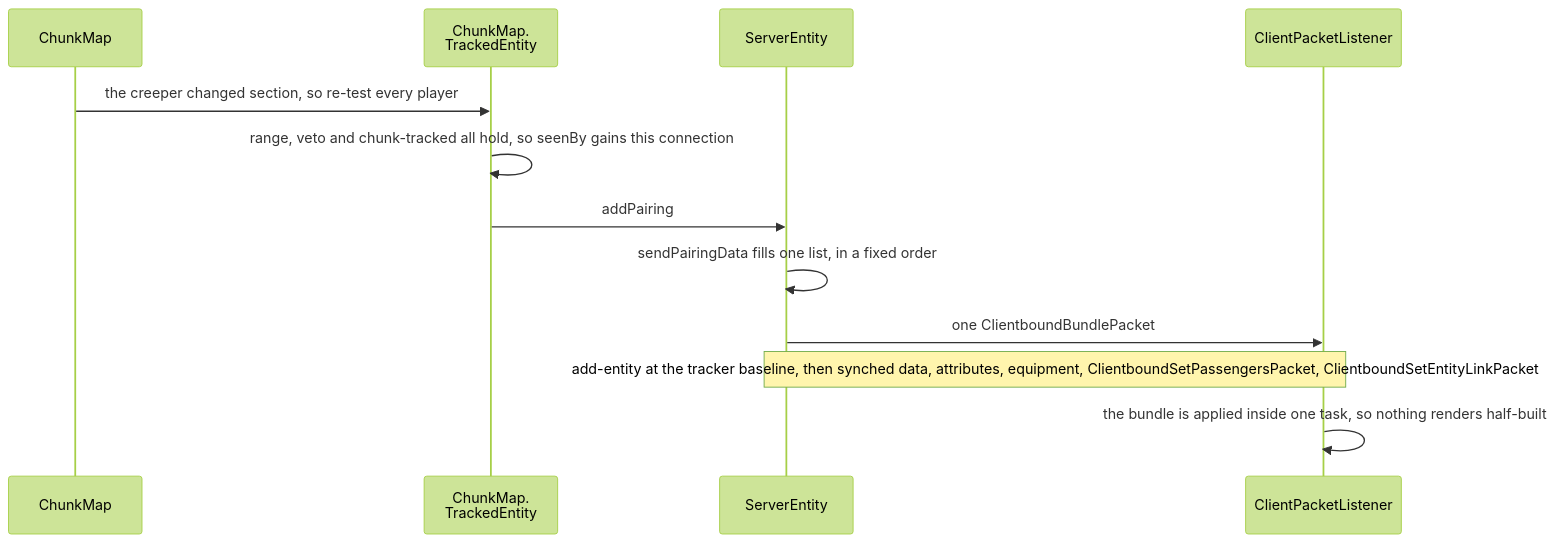
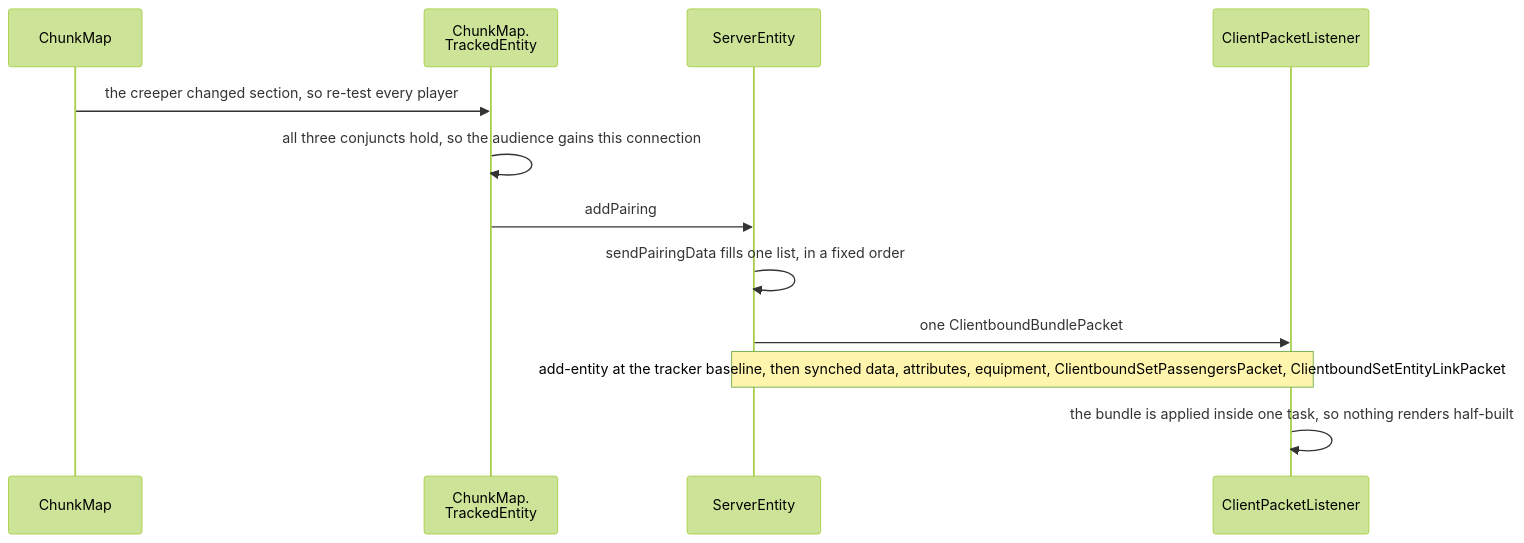
One commit to AlexanderjFraser/MinecraftDocs changed the second of 2 diagrams in src/systems/networking/what-the-client-is-told.md. Above: the diagram before and after it, drawn with Mermaid (forest theme). The commit also changed other lines of this file and 11 other files, not shown here.

````diff
--- a/src/systems/networking/what-the-client-is-told.md
+++ b/src/systems/networking/what-the-client-is-told.md
@@ -108,15 +111,15 @@
 ```mermaid
 sequenceDiagram
     participant CM as ChunkMap
     participant CMTE as ChunkMap.<br/>TrackedEntity
     participant SE as ServerEntity
     participant CPL as ClientPacketListener
 
     CM->>CMTE: the creeper changed section, so re-test every player
-    CMTE->>CMTE: range, veto and chunk-tracked all hold, so seenBy gains this connection
+    CMTE->>CMTE: all three conjuncts hold, so the audience gains this connection
     CMTE->>SE: addPairing
     SE->>SE: sendPairingData fills one list, in a fixed order
     SE->>CPL: one ClientboundBundlePacket
     Note over SE,CPL: add-entity at the tracker baseline, then synched data, attributes, equipment, ClientboundSetPassengersPacket, ClientboundSetEntityLinkPacket
     CPL->>CPL: the bundle is applied inside one task, so nothing renders half-built
 ```
````
